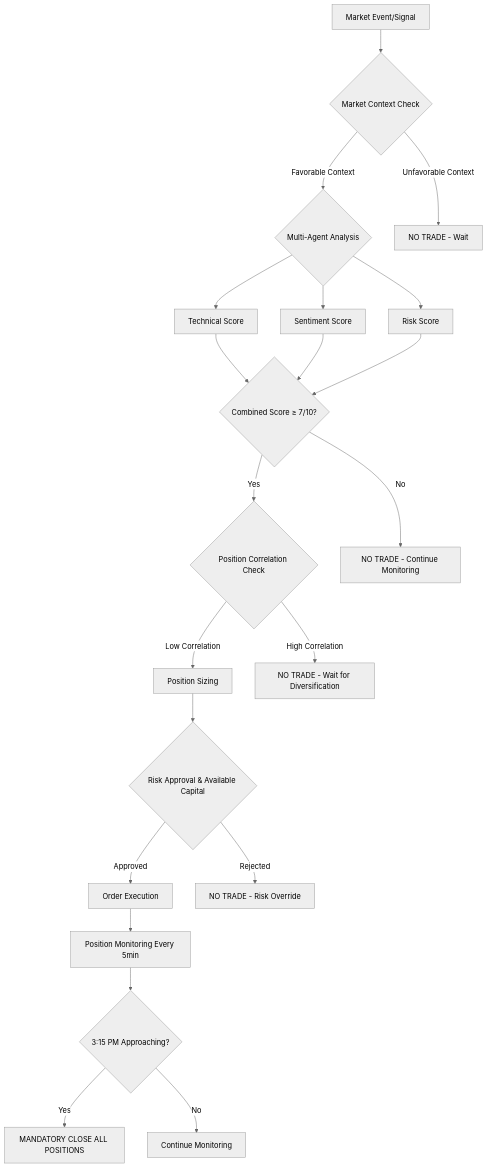
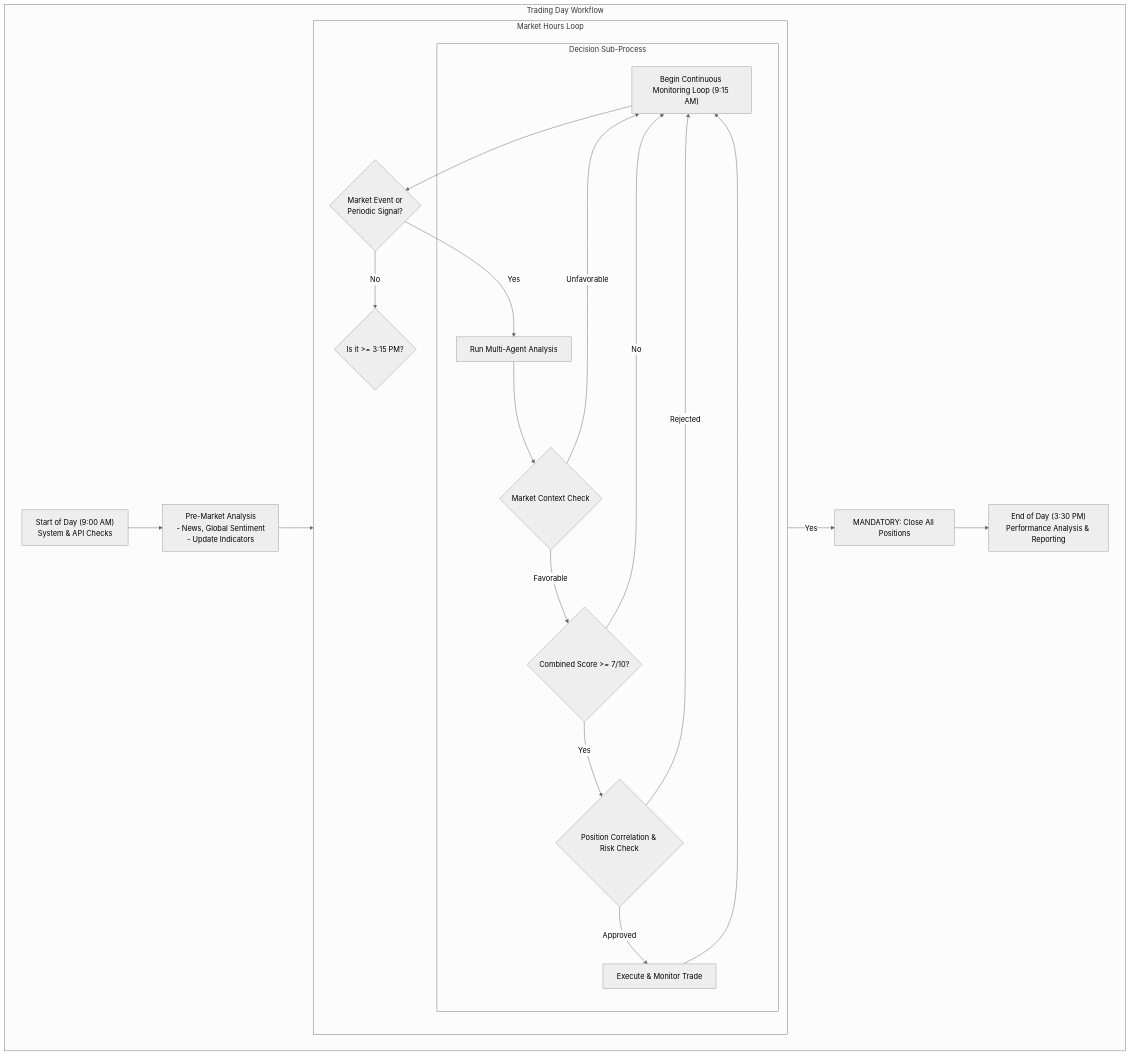
Before and after one commit to bhavesh0009/angel-one-mcp: the second of 2 diagrams in docs/INTELLIGENT_TRADING_AGENT_PLAN.md, drawn with Mermaid (neutral theme).

Commit message:
Revise Intelligent Trading Agent Plan with Enhanced Trading Day Workflow
- Updated the trading day workflow diagram to reflect a more structured approach, incorporating system checks, pre-market analysis, and a continuous monitoring loop.
- Streamlined decision-making processes within the market hours loop, emphasizing risk checks and trade execution.
- Improved clarity and readability of the document by reorganizing content and removing outdated elements.

````diff
--- a/docs/INTELLIGENT_TRADING_AGENT_PLAN.md
+++ b/docs/INTELLIGENT_TRADING_AGENT_PLAN.md
@@ -73,29 +73,28 @@
 ```mermaid
 flowchart TD
-    A[Market Event/Signal] --> B{Market Context Check}
-    B -->|Favorable Context| C{Multi-Agent Analysis}
-    B -->|Unfavorable Context| D[NO TRADE - Wait]
-    
-    C --> E[Technical Score]
-    C --> F[Sentiment Score] 
-    C --> G[Risk Score]
-    
-    E --> H{Combined Score ≥ 7/10?}
-    F --> H
-    G --> H
-    
-    H -->|Yes| I{Position Correlation Check}
-    H -->|No| J[NO TRADE - Continue Monitoring]
-    
-    I -->|Low Correlation| K[Position Sizing]
-    I -->|High Correlation| L[NO TRADE - Wait for Diversification]
-    
-    K --> M{Risk Approval & Available Capital}
-    M -->|Approved| N[Order Execution]
-    M -->|Rejected| O[NO TRADE - Risk Override]
-    
-    N --> P[Position Monitoring Every 5min]
-    P --> Q{3:15 PM Approaching?}
-    Q -->|Yes| R[MANDATORY CLOSE ALL POSITIONS]
-    Q -->|No| S[Continue Monitoring]
+    subgraph "Trading Day Workflow"
+        A["Start of Day (9:00 AM)<br/>System & API Checks"] --> B["Pre-Market Analysis<br/>- News, Global Sentiment<br/>- Update Indicators"];
+        B --> C["Begin Continuous Monitoring Loop (9:15 AM)"];
+
+        subgraph "Market Hours Loop"
+            direction TB
+            C --> D{"Market Event or<br/>Periodic Signal?"};
+            D -- No --> E{"Is it >= 3:15 PM?"};
+            D -- Yes --> F["Run Multi-Agent Analysis"];
+            
+            subgraph "Decision Sub-Process"
+                F --> G{Market Context Check};
+                G -- Unfavorable --> C;
+                G -- Favorable --> H{Combined Score >= 7/10?};
+                H -- No --> C;
+                H -- Yes --> I{Position Correlation & Risk Check};
+                I -- Rejected --> C;
+                I -- Approved --> J["Execute & Monitor Trade"];
+                J --> C;
+            end
+        end
+
+        E -- Yes --> K["MANDATORY: Close All Positions"];
+        K --> L["End of Day (3:30 PM)<br/>Performance Analysis & Reporting"];
+    end
 ```
````
